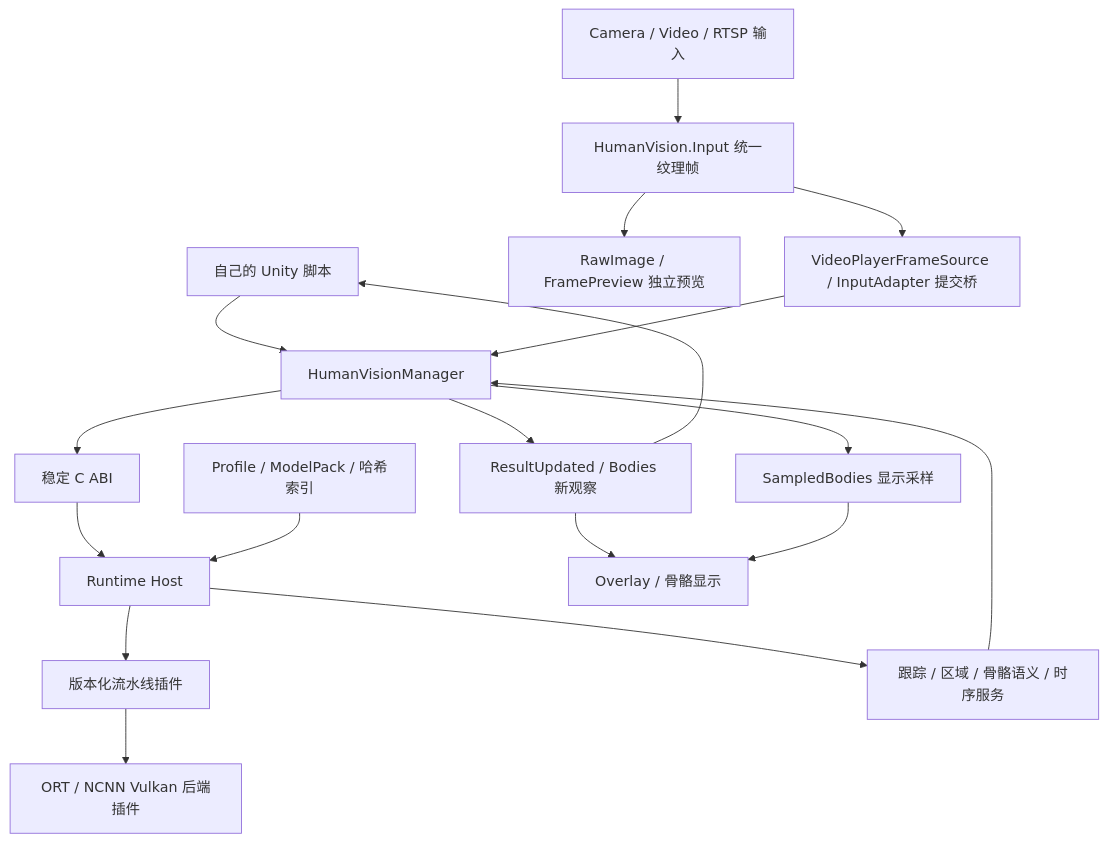
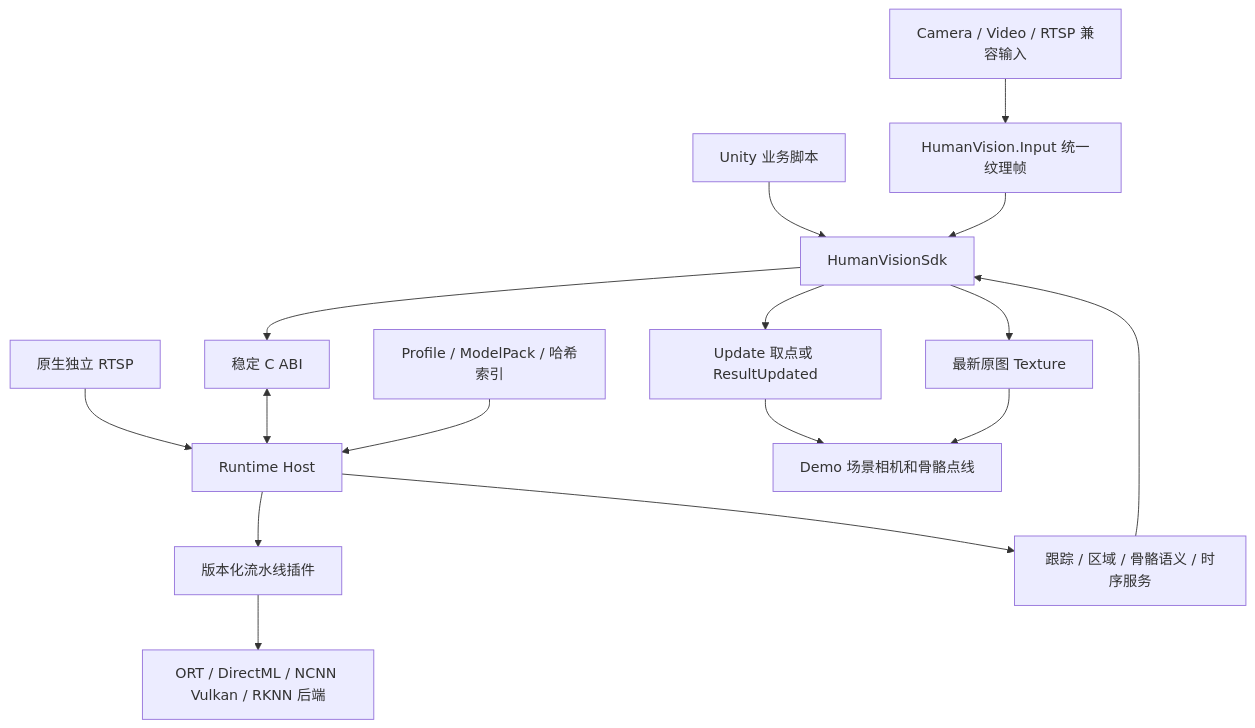
The diagram in docs/user-guide/TECH_STACK.md (blaze-tc/Human-Vision-SDK), drawn with Mermaid before and after one commit. The commit also changed other lines of this file and 81 other files, not shown here.

Commit message:
Release SDK 0.4.1 and Input 0.1.1 with scene-wired acceptance demo

````diff
--- a/docs/user-guide/TECH_STACK.md
+++ b/docs/user-guide/TECH_STACK.md
@@ -7,20 +7,18 @@
 ```mermaid
 flowchart TD
-    A[自己的 Unity 脚本] --> M[HumanVisionManager]
-    S[Camera / Video / RTSP 输入] --> I[HumanVision.Input 统一纹理帧]
-    I --> P[RawImage / FramePreview 独立预览]
-    I --> B[VideoPlayerFrameSource / InputAdapter 提交桥]
-    B --> M
+    A[Unity 业务脚本] --> M[HumanVisionSdk]
+    S[Camera / Video / RTSP 兼容输入] --> I[HumanVision.Input 统一纹理帧]
+    I --> M
+    N[原生独立 RTSP] --> H[Runtime Host]
     M --> C[稳定 C ABI]
-    C --> H[Runtime Host]
+    C <--> H
     H --> PL[版本化流水线插件]
-    PL --> BE[ORT / NCNN Vulkan 后端插件]
+    PL --> BE[ORT / DirectML / NCNN Vulkan / RKNN 后端]
     MP[Profile / ModelPack / 哈希索引] --> H
     H --> CO[跟踪 / 区域 / 骨骼语义 / 时序服务]
     CO --> M
-    M --> R[ResultUpdated / Bodies 新观察]
-    M --> D[SampledBodies 显示采样]
-    R --> A
-    R --> O[Overlay / 骨骼显示]
-    D --> O
+    M --> R[Update 取点或 ResultUpdated]
+    M --> P[最新原图 Texture]
+    R --> O[Demo 场景相机和骨骼点线]
+    P --> O
 ```
````
